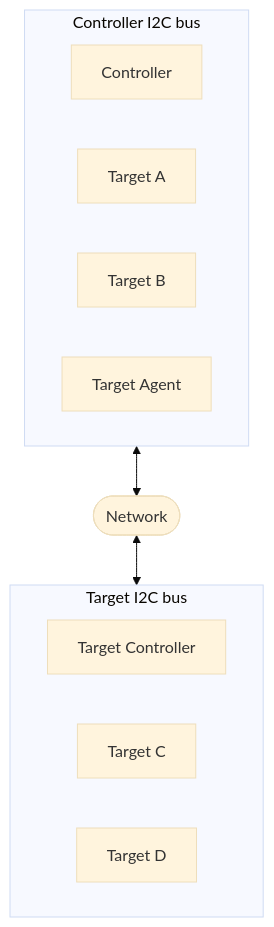
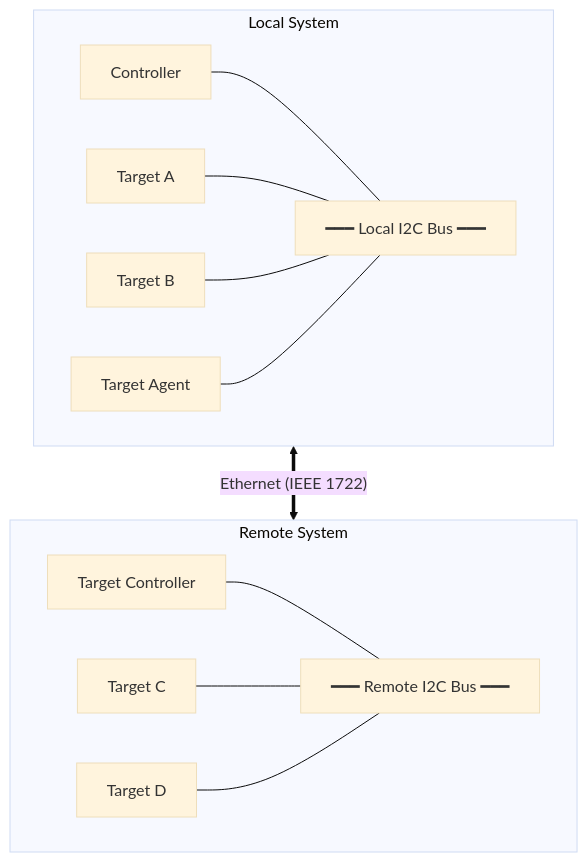
Before and after one commit to Pascalpex/apfelmus: the second of 3 diagrams in README.md, drawn with Mermaid (base theme). The commit also changed other lines of this file, not shown here.

Commit message:
Implement feedback for diagrams (#8)

````diff
--- a/README.md
+++ b/README.md
@@ -35,19 +35,30 @@
 ```mermaid
 flowchart TB
-    subgraph LOCAL["Controller I2C bus"]
+    subgraph LOCAL["Local System"]
         direction LR
         C["Controller"]
         TA["Target A"]
         TB["Target B"]
         AG["Target Agent"]
+        BUS1["━━━ Local I2C Bus ━━━"]
+
+        C --- BUS1
+        TA --- BUS1
+        TB --- BUS1
+        AG --- BUS1
     end
-    NET(["Network"])
-    subgraph REMOTE["Target I2C bus"]
+
+    subgraph REMOTE["Remote System"]
         direction LR
         TC["Target Controller"]
         TCC["Target C"]
         TD["Target D"]
+        BUS2["━━━ Remote I2C Bus ━━━"]
+
+        TC --- BUS2
+        TCC --- BUS2
+        TD --- BUS2
     end
-    AG <--> NET
-    NET <--> TC
+
+    AG <== "Ethernet (IEEE 1722)" ==> TC
 ```
````
